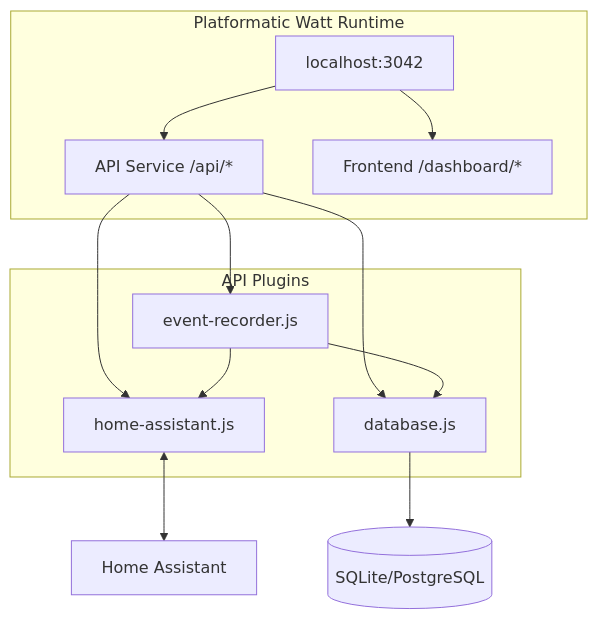
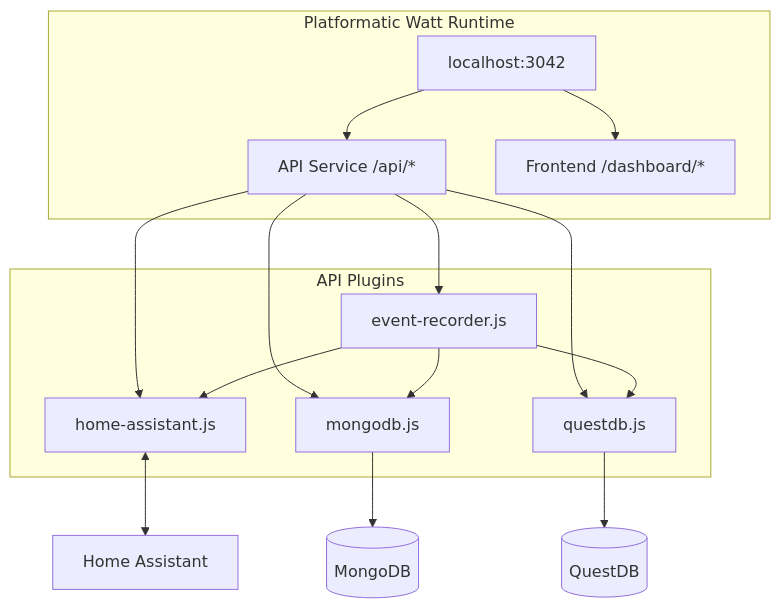
The first of 2 diagrams in CLAUDE.md (teknologist/ha-energy-analytics), drawn with Mermaid before and after one commit. The commit also changed other lines of this file and 1 other file, not shown here.

First line of the commit message:
docs: update architecture to MongoDB + QuestDB

````diff
--- a/CLAUDE.md
+++ b/CLAUDE.md
@@ -32,28 +32,33 @@
 ```mermaid
 flowchart TB
     subgraph Watt["Platformatic Watt Runtime"]
         Runtime["localhost:3042"]
         API["API Service /api/*"]
         Frontend["Frontend /dashboard/*"]
         Runtime --> API
         Runtime --> Frontend
     end
 
     subgraph Plugins["API Plugins"]
         HA["home-assistant.js"]
-        DB["database.js"]
+        Mongo["mongodb.js"]
+        QDB["questdb.js"]
         Recorder["event-recorder.js"]
     end
 
     API --> HA
-    API --> DB
+    API --> Mongo
+    API --> QDB
     API --> Recorder
 
-    Database[(SQLite/PostgreSQL)]
+    MongoDB[(MongoDB)]
+    QuestDB[(QuestDB)]
     HomeAssistant[Home Assistant]
 
-    DB --> Database
+    Mongo --> MongoDB
+    QDB --> QuestDB
     HA <--> HomeAssistant
     Recorder --> HA
-    Recorder --> DB
+    Recorder --> Mongo
+    Recorder --> QDB
 ```
````
